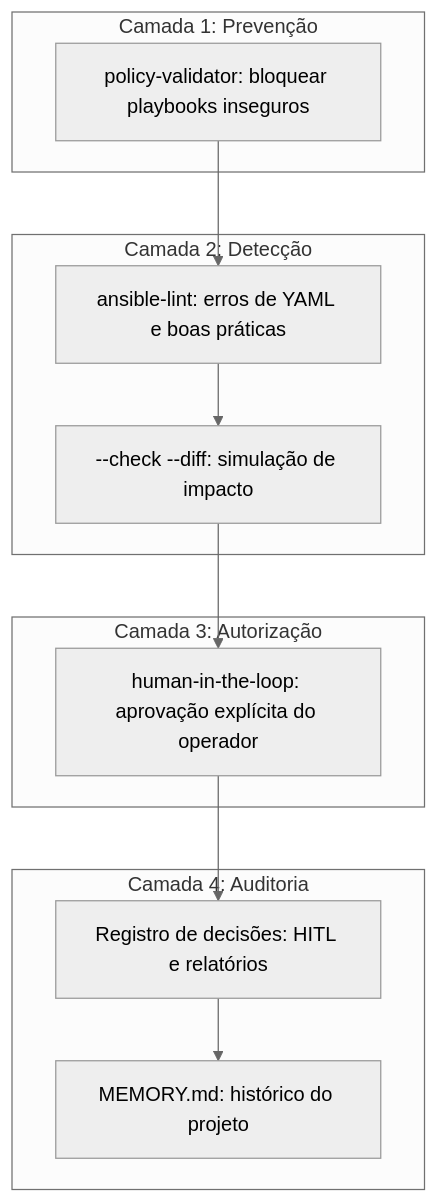
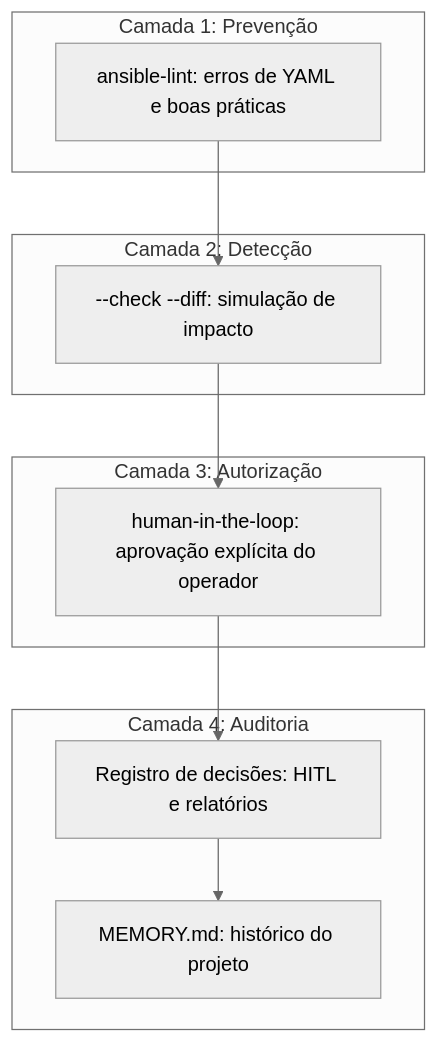
Before and after one commit to AlexRabelo/aiops-control-node: the fourth of 4 diagrams in docs/ANSIBLE-GUIDE.md, drawn with Mermaid (neutral theme). The commit also changed other lines of this file, not shown here.

First line of the commit message:
docs: refatorar ANSIBLE-GUIDE.md alinhado à estrutura real do repositório

````diff
--- a/docs/ANSIBLE-GUIDE.md
+++ b/docs/ANSIBLE-GUIDE.md
@@ -457,23 +597,21 @@
 ```mermaid
 graph TD
     subgraph "Camada 1: Prevenção"
-        A[policy-validator: bloquear playbooks inseguros]
+        A[ansible-lint: erros de YAML e boas práticas]
     end
     subgraph "Camada 2: Detecção"
-        B[ansible-lint: erros de YAML e boas práticas]
-        C[--check --diff: simulação de impacto]
+        B[--check --diff: simulação de impacto]
     end
     subgraph "Camada 3: Autorização"
-        D[human-in-the-loop: aprovação explícita do operador]
+        C[human-in-the-loop: aprovação explícita do operador]
     end
     subgraph "Camada 4: Auditoria"
-        E[Registro de decisões: HITL e relatórios]
-        F[MEMORY.md: histórico do projeto]
+        D[Registro de decisões: HITL e relatórios]
+        E[MEMORY.md: histórico do projeto]
     end
 
     A --> B
     B --> C
     C --> D
     D --> E
-    E --> F
 ```
````
